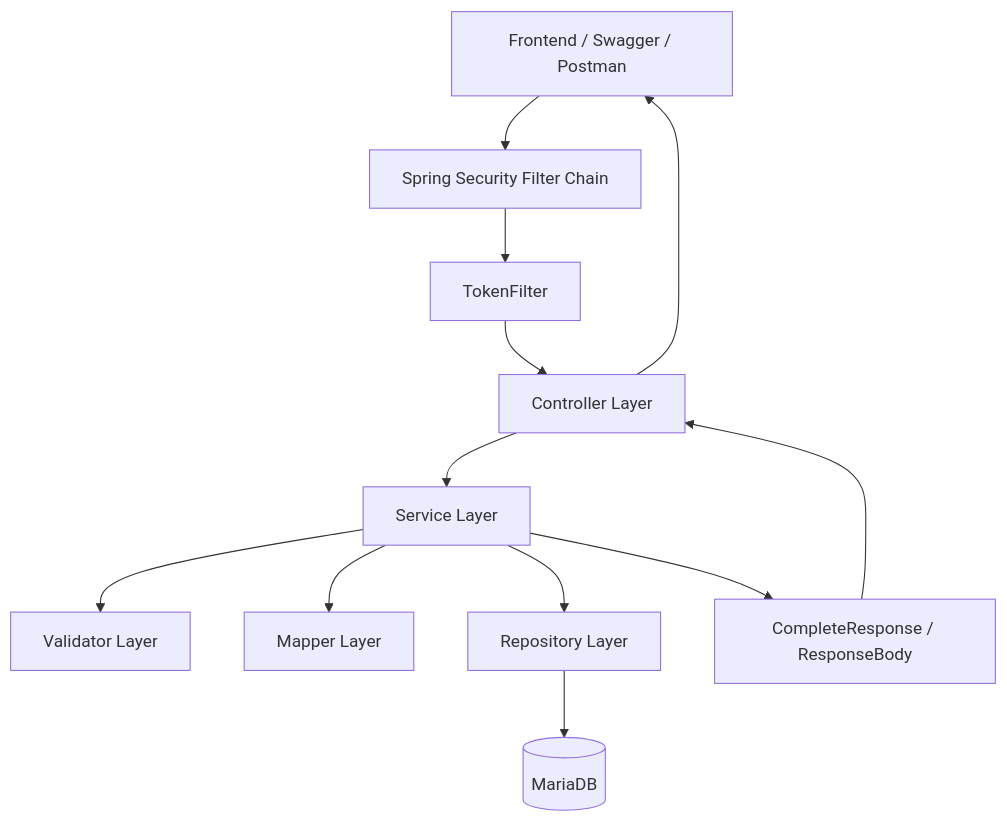
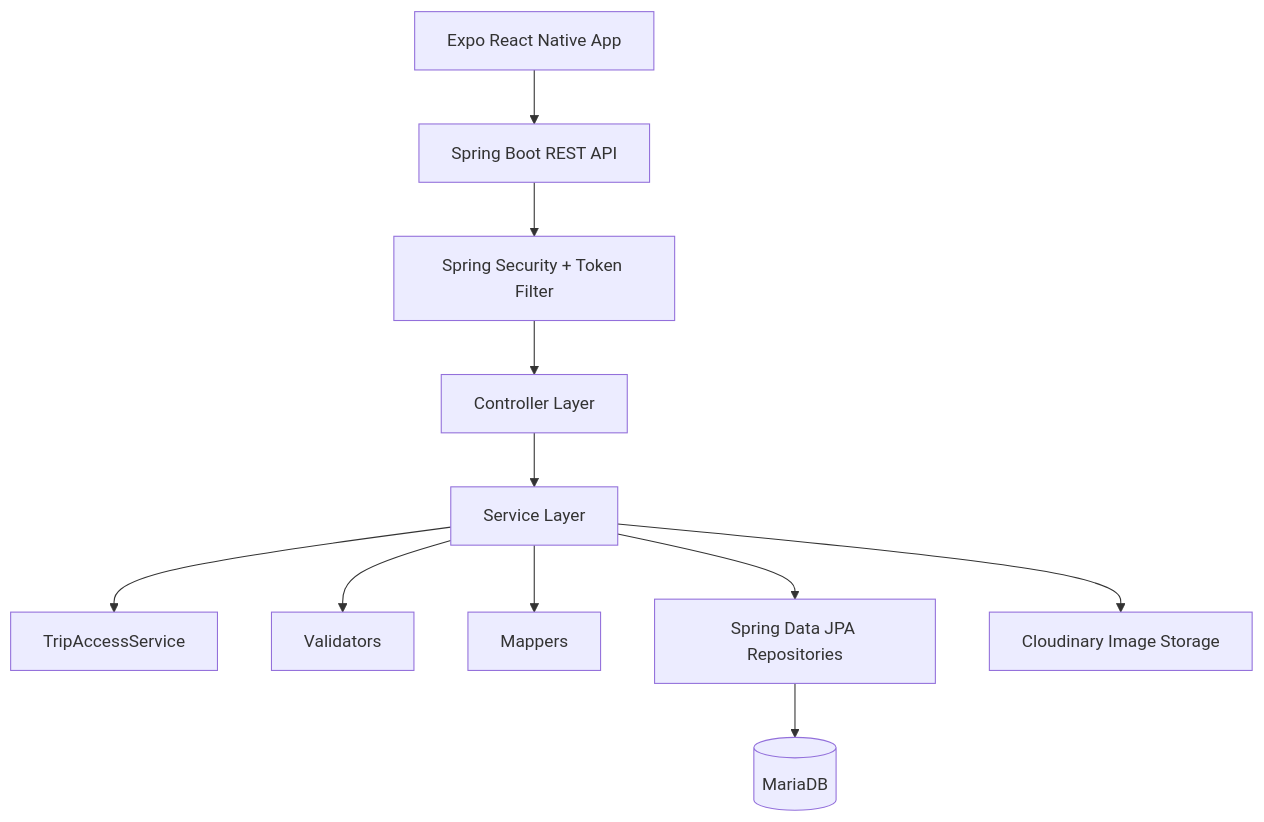
One commit to JustinBui22/wandermate-fullstack changed the diagram in backend/docs/ARCHITECTURE.md. Above: the diagram before and after it, drawn with Mermaid. The commit also changed other lines of this file and 39 other files, not shown here.

````diff
--- a/backend/docs/ARCHITECTURE.md
+++ b/backend/docs/ARCHITECTURE.md
@@ -9,14 +24,13 @@
 ```mermaid
 flowchart TD
-    Client[Frontend / Swagger / Postman] --> Security[Spring Security Filter Chain]
-    Security --> TokenFilter[TokenFilter]
-    TokenFilter --> Controller[Controller Layer]
-    Controller --> Service[Service Layer]
-    Service --> Validator[Validator Layer]
-    Service --> Mapper[Mapper Layer]
-    Service --> Repository[Repository Layer]
-    Repository --> DB[(MariaDB)]
-    Service --> Response[CompleteResponse / ResponseBody]
-    Response --> Controller
-    Controller --> Client
+    Mobile[Expo React Native App] --> API[Spring Boot REST API]
+    API --> Security[Spring Security + Token Filter]
+    Security --> Controllers[Controller Layer]
+    Controllers --> Services[Service Layer]
+    Services --> Access[TripAccessService]
+    Services --> Validators[Validators]
+    Services --> Mappers[Mappers]
+    Services --> Repositories[Spring Data JPA Repositories]
+    Repositories --> DB[(MariaDB)]
+    Services --> Cloudinary[Cloudinary Image Storage]
 ```
````
